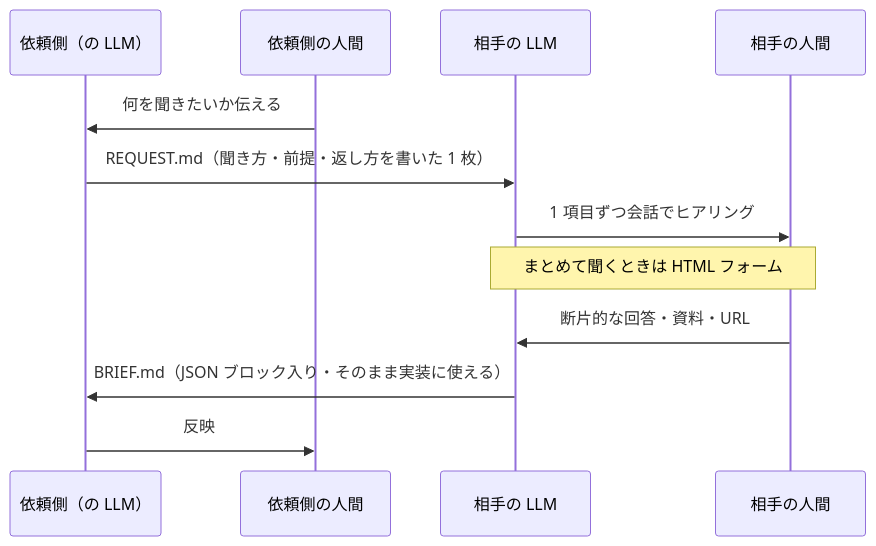
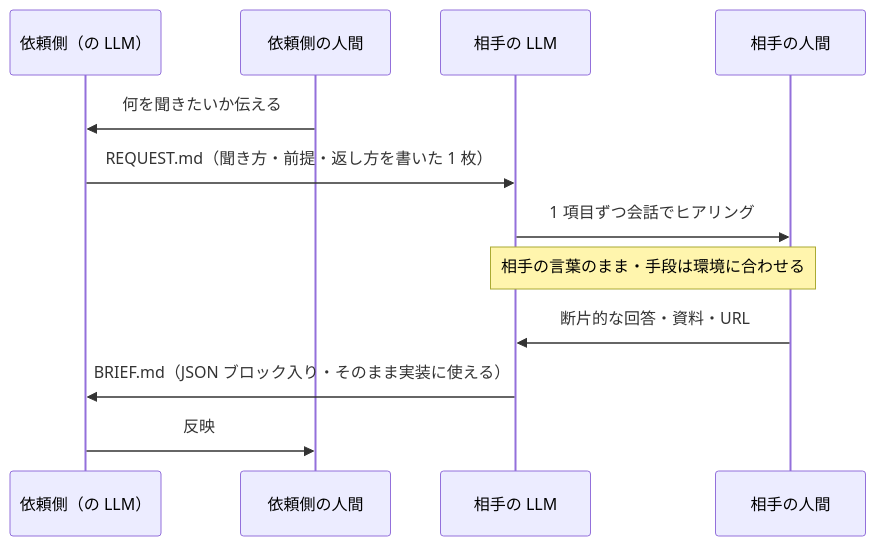
The diagram in README.md (kanketsu-jp/ai-handoff), drawn with Mermaid before and after one commit. The commit also changed other lines of this file and 3 other files, not shown here.

````diff
--- a/README.md
+++ b/README.md
@@ -11,14 +11,14 @@
 ```mermaid
 sequenceDiagram
     participant A as 依頼側（の LLM）
     participant H as 依頼側の人間
     participant C as 相手の LLM
     participant P as 相手の人間
     H->>A: 何を聞きたいか伝える
     A->>C: REQUEST.md（聞き方・前提・返し方を書いた 1 枚）
     C->>P: 1 項目ずつ会話でヒアリング
-    Note over C,P: まとめて聞くときは HTML フォーム
+    Note over C,P: 相手の言葉のまま・手段は環境に合わせる
     P->>C: 断片的な回答・資料・URL
     C->>A: BRIEF.md（JSON ブロック入り・そのまま実装に使える）
     A->>H: 反映
 ```
````
